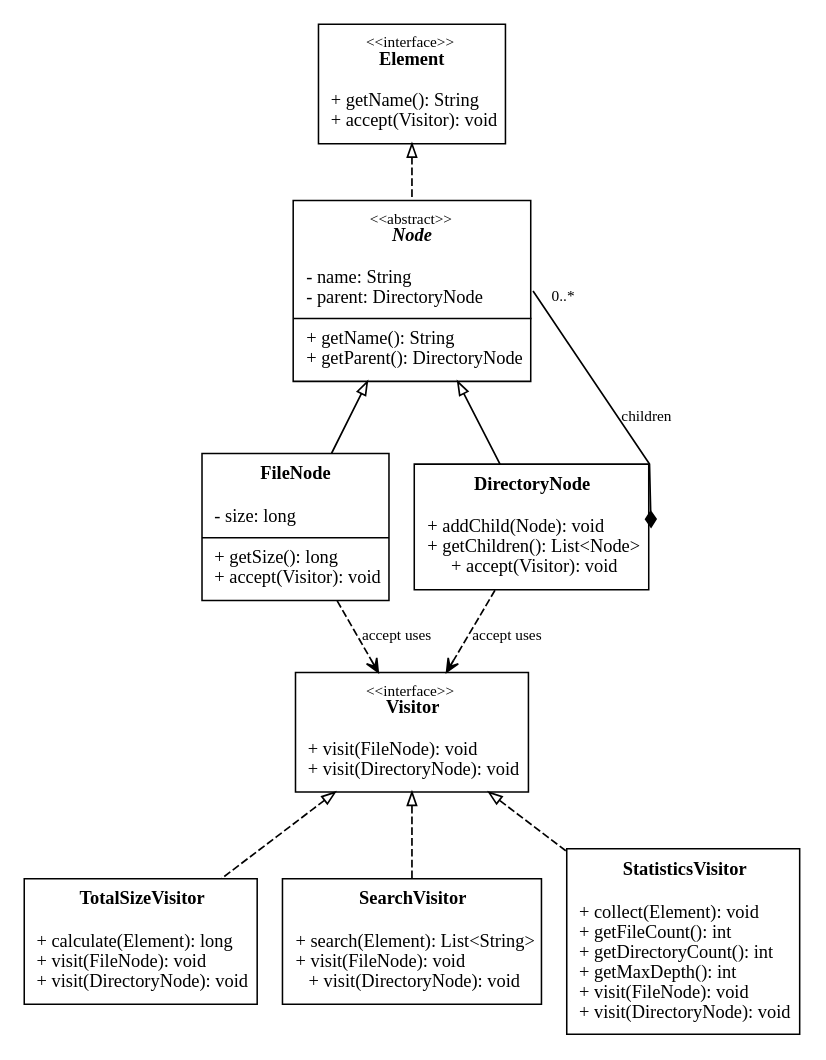
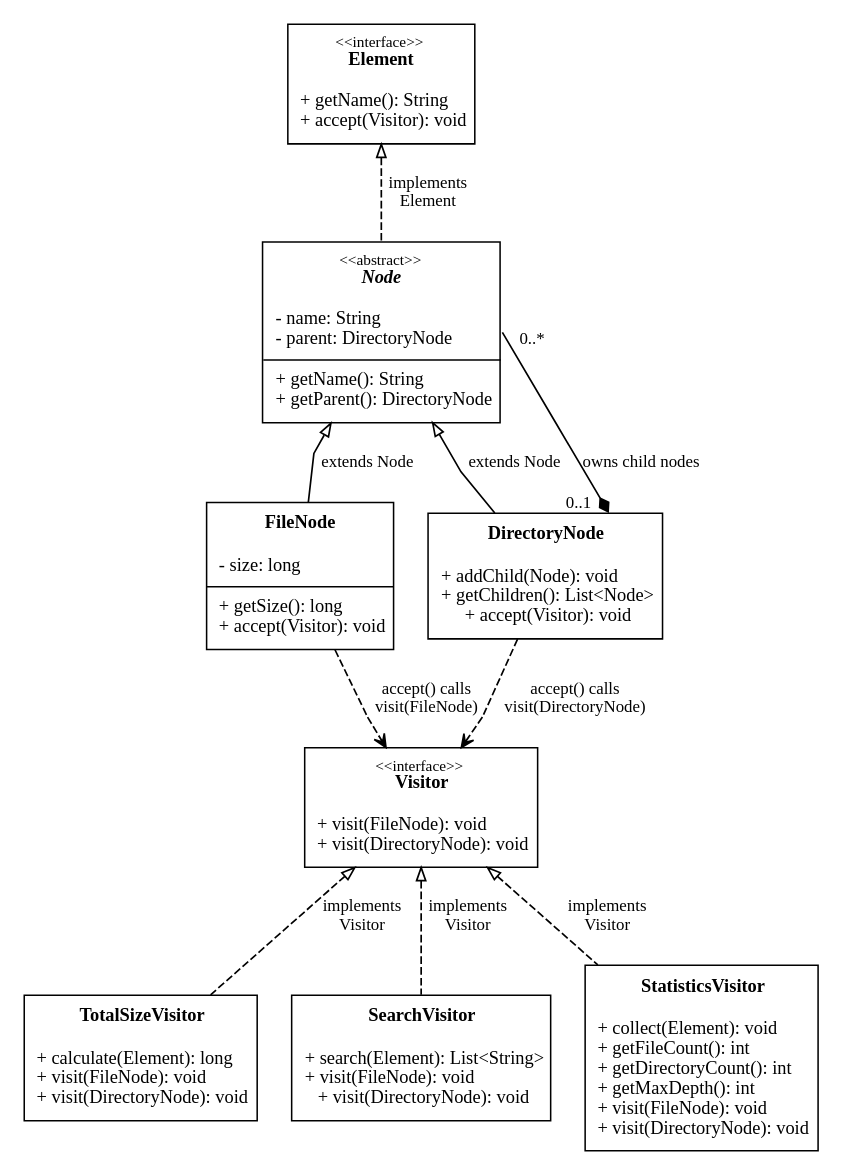
Before and after one commit to zzhassyn/sdp-assignment-6: the diagram in docs/visitor-uml.dot, drawn with Graphviz. The commit also changed 3 other files, not shown here.

Commit message:
Label every UML relationship and explain the diagram in the report

```diff
--- a/docs/visitor-uml.dot
+++ b/docs/visitor-uml.dot
@@ -1,98 +1,99 @@
 digraph VisitorPattern {
     graph [
         rankdir=TB,
         bgcolor="white",
         pad=0.12,
-        nodesep=0.22,
-        ranksep=0.48,
+        nodesep=0.30,
+        ranksep=0.55,
         splines=polyline,
         outputorder=edgesfirst,
         fontname="Times New Roman,"
     ];
     node [shape=plain, fontname="Times New Roman,", fontsize=12];
-    edge [fontname="Times New Roman,", fontsize=10, color="#000000", penwidth=1.1, arrowsize=0.85];
+    edge [fontname="Times New Roman,", fontsize=11, color="#000000", penwidth=1.1, arrowsize=0.85];
 
     Element [label=<
         <TABLE BORDER="1" CELLBORDER="0" CELLSPACING="0" CELLPADDING="7" COLOR="#000000">
             <TR><TD BGCOLOR="white"><FONT POINT-SIZE="10">&lt;&lt;interface&gt;&gt;</FONT><BR/><B>Element</B></TD></TR>
             <TR><TD ALIGN="LEFT">+ getName(): String<BR ALIGN="LEFT"/>+ accept(Visitor): void</TD></TR>
         </TABLE>
     >];
 
     "Node" [label=<
         <TABLE BORDER="1" CELLBORDER="0" CELLSPACING="0" CELLPADDING="7" COLOR="#000000">
             <TR><TD BGCOLOR="white"><FONT POINT-SIZE="10">&lt;&lt;abstract&gt;&gt;</FONT><BR/><B><I>Node</I></B></TD></TR>
             <TR><TD ALIGN="LEFT">- name: String<BR ALIGN="LEFT"/>- parent: DirectoryNode</TD></TR>
             <HR/>
             <TR><TD ALIGN="LEFT">+ getName(): String<BR ALIGN="LEFT"/>+ getParent(): DirectoryNode</TD></TR>
         </TABLE>
     >];
 
     FileNode [label=<
         <TABLE BORDER="1" CELLBORDER="0" CELLSPACING="0" CELLPADDING="7" COLOR="#000000">
             <TR><TD BGCOLOR="white"><B>FileNode</B></TD></TR>
             <TR><TD ALIGN="LEFT">- size: long</TD></TR>
             <HR/>
             <TR><TD ALIGN="LEFT">+ getSize(): long<BR ALIGN="LEFT"/>+ accept(Visitor): void</TD></TR>
         </TABLE>
     >];
 
     DirectoryNode [label=<
         <TABLE BORDER="1" CELLBORDER="0" CELLSPACING="0" CELLPADDING="7" COLOR="#000000">
             <TR><TD BGCOLOR="white"><B>DirectoryNode</B></TD></TR>
             <TR><TD ALIGN="LEFT">+ addChild(Node): void<BR ALIGN="LEFT"/>+ getChildren(): List&lt;Node&gt;<BR ALIGN="LEFT"/>+ accept(Visitor): void</TD></TR>
         </TABLE>
     >];
 
     Visitor [label=<
         <TABLE BORDER="1" CELLBORDER="0" CELLSPACING="0" CELLPADDING="7" COLOR="#000000">
             <TR><TD BGCOLOR="white"><FONT POINT-SIZE="10">&lt;&lt;interface&gt;&gt;</FONT><BR/><B>Visitor</B></TD></TR>
             <TR><TD ALIGN="LEFT">+ visit(FileNode): void<BR ALIGN="LEFT"/>+ visit(DirectoryNode): void</TD></TR>
         </TABLE>
     >];
 
     TotalSizeVisitor [label=<
         <TABLE BORDER="1" CELLBORDER="0" CELLSPACING="0" CELLPADDING="7" COLOR="#000000">
             <TR><TD BGCOLOR="white"><B>TotalSizeVisitor</B></TD></TR>
             <TR><TD ALIGN="LEFT">+ calculate(Element): long<BR ALIGN="LEFT"/>+ visit(FileNode): void<BR ALIGN="LEFT"/>+ visit(DirectoryNode): void</TD></TR>
         </TABLE>
     >];
 
     SearchVisitor [label=<
         <TABLE BORDER="1" CELLBORDER="0" CELLSPACING="0" CELLPADDING="7" COLOR="#000000">
             <TR><TD BGCOLOR="white"><B>SearchVisitor</B></TD></TR>
             <TR><TD ALIGN="LEFT">+ search(Element): List&lt;String&gt;<BR ALIGN="LEFT"/>+ visit(FileNode): void<BR ALIGN="LEFT"/>+ visit(DirectoryNode): void</TD></TR>
         </TABLE>
     >];
 
     StatisticsVisitor [label=<
         <TABLE BORDER="1" CELLBORDER="0" CELLSPACING="0" CELLPADDING="7" COLOR="#000000">
             <TR><TD BGCOLOR="white"><B>StatisticsVisitor</B></TD></TR>
             <TR><TD ALIGN="LEFT">+ collect(Element): void<BR ALIGN="LEFT"/>+ getFileCount(): int<BR ALIGN="LEFT"/>+ getDirectoryCount(): int<BR ALIGN="LEFT"/>+ getMaxDepth(): int<BR ALIGN="LEFT"/>+ visit(FileNode): void<BR ALIGN="LEFT"/>+ visit(DirectoryNode): void</TD></TR>
         </TABLE>
     >];
 
     { rank=same; FileNode; DirectoryNode; }
     { rank=same; TotalSizeVisitor; SearchVisitor; StatisticsVisitor; }
 
-    Element -> "Node" [dir=back, arrowtail=empty, style=dashed];
-    "Node" -> FileNode [dir=back, arrowtail=empty];
-    "Node" -> DirectoryNode [dir=back, arrowtail=empty];
-    DirectoryNode:e -> "Node":e [
+    Element -> "Node" [dir=back, arrowtail=empty, style=dashed, label="  implements\n  Element"];
+    "Node" -> FileNode [dir=back, arrowtail=empty, label="  extends Node"];
+    "Node" -> DirectoryNode [dir=back, arrowtail=empty, label="  extends Node"];
+    DirectoryNode:ne -> "Node":e [
         dir=both,
         arrowtail=diamond,
         arrowhead=none,
         constraint=false,
-        label="children",
+        label="owns child nodes",
         headlabel="0..*",
+        taillabel="0..1",
         labeldistance=2.0,
         labelangle=45
     ];
 
-    FileNode -> Visitor [style=dashed, arrowhead=vee, label="accept uses"];
-    DirectoryNode -> Visitor [style=dashed, arrowhead=vee, label="accept uses"];
+    FileNode -> Visitor [style=dashed, arrowhead=vee, label="  accept() calls\n  visit(FileNode)"];
+    DirectoryNode -> Visitor [style=dashed, arrowhead=vee, label="  accept() calls\n  visit(DirectoryNode)"];
 
-    Visitor -> TotalSizeVisitor [dir=back, arrowtail=empty, style=dashed];
-    Visitor -> SearchVisitor [dir=back, arrowtail=empty, style=dashed];
-    Visitor -> StatisticsVisitor [dir=back, arrowtail=empty, style=dashed];
+    Visitor -> TotalSizeVisitor [dir=back, arrowtail=empty, style=dashed, label="  implements\n  Visitor"];
+    Visitor -> SearchVisitor [dir=back, arrowtail=empty, style=dashed, label="  implements\n  Visitor"];
+    Visitor -> StatisticsVisitor [dir=back, arrowtail=empty, style=dashed, label="  implements\n  Visitor"];
 }
```
